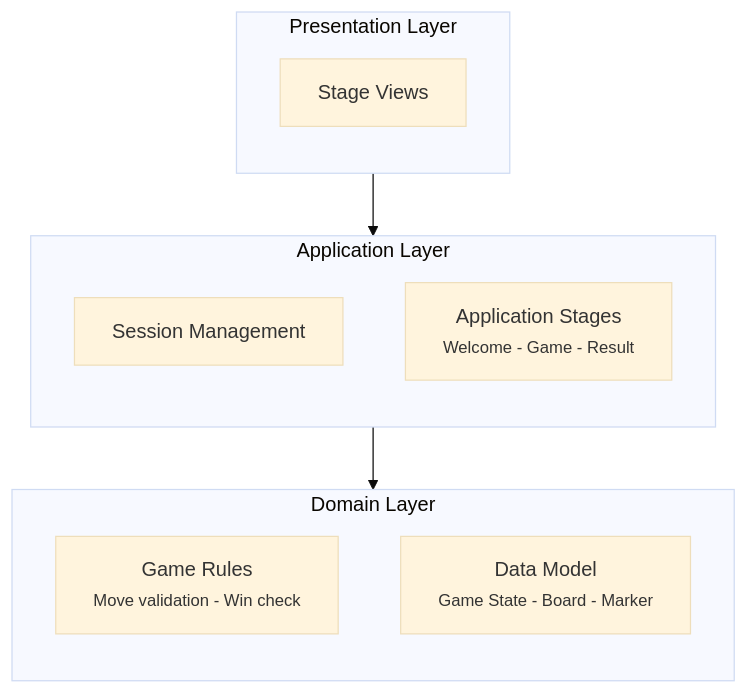
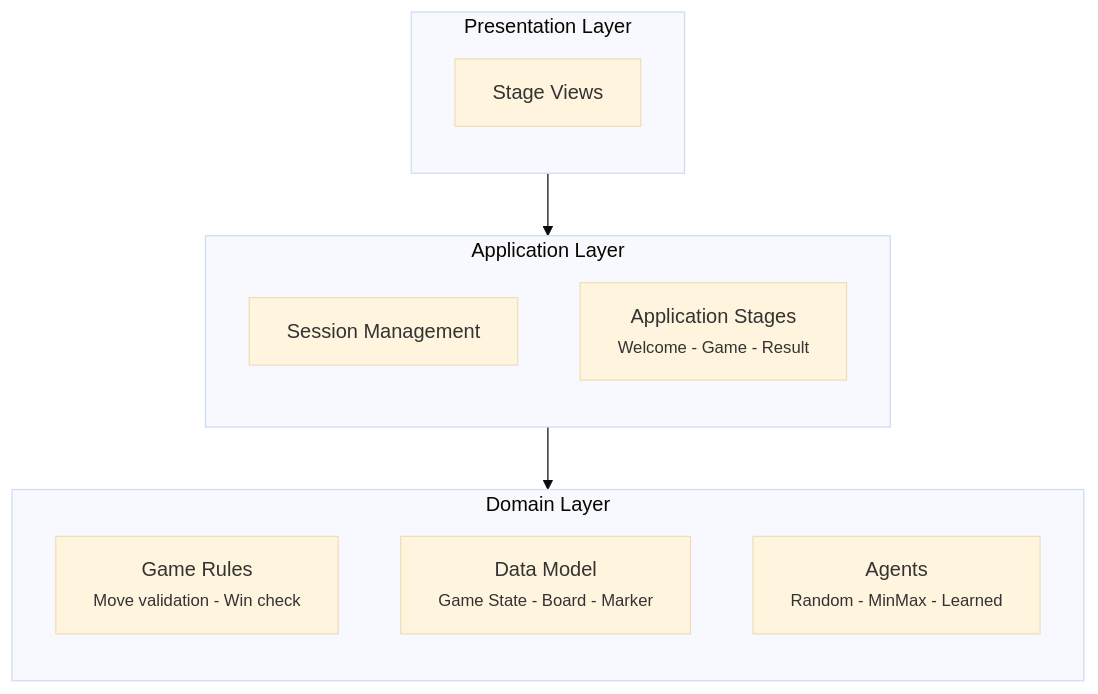
One commit to jashar86/tic-tac-toe changed the first of 5 diagrams in docs/REFERENCE_ARCHITECTURE.md. Above: the diagram before and after it, drawn with Mermaid (base theme). The commit also changed other lines of this file, not shown here.

````diff
--- a/docs/REFERENCE_ARCHITECTURE.md
+++ b/docs/REFERENCE_ARCHITECTURE.md
@@ -5,22 +5,23 @@
 ```mermaid
 flowchart TB
 
     subgraph core [Domain Layer]
         direction TB
         rules[Game Rules<br/><small>Move validation - Win check]
         model[Data Model<br/><small>Game State - Board - Marker]
+        agent[Agents<br/><small>Random - MinMax - Learned]
     end
     subgraph app[Application Layer]
         direction TB
         session[Session Management]
         stage[Application Stages<br/><small>Welcome - Game - Result</small> ]
     end
     subgraph gui[Presentation Layer]
         direction TB
         views[Stage Views]
     end
 
     gui --> app
     app --> core
 
 ```
````
